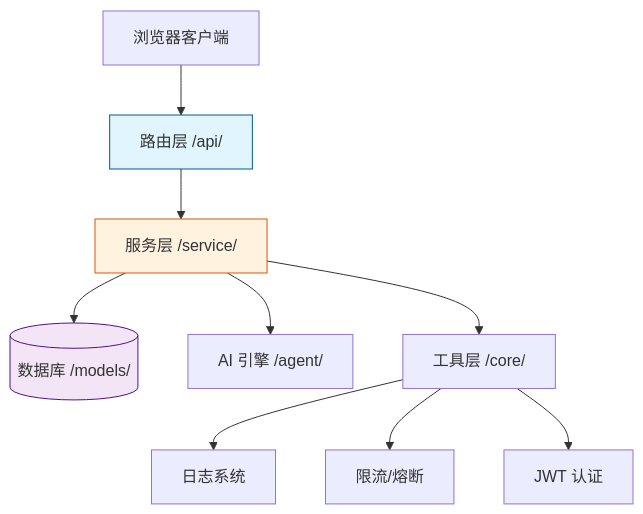
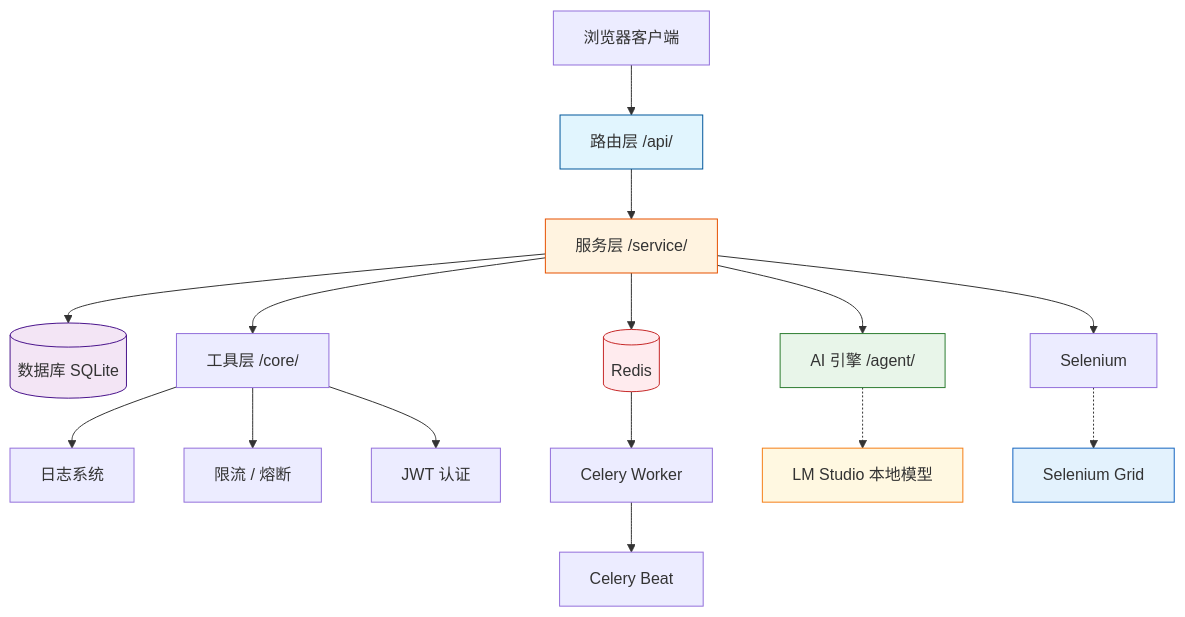
The diagram in README.md (LKlwx/TestPilot), drawn with Mermaid before and after one commit. The commit also changed other lines of this file and 1 other file, not shown here.

````diff
--- a/README.md
+++ b/README.md
@@ -8,16 +25,29 @@
 ```mermaid
 graph TD
-    Client[浏览器客户端] --> API[路由层 /api/]
+    Browser[浏览器客户端] --> API[路由层 /api/]
     API --> Service[服务层 /service/]
-    Service --> DB[(数据库 /models/)]
-    Service --> AI[AI 引擎 /agent/]
+    Service --> DB[(数据库 SQLite)]
     Service --> Core[工具层 /core/]
+    Service --> Agent[AI 引擎 /agent/]
     
     Core --> Log[日志系统]
-    Core --> Limit[限流/熔断]
+    Core --> Limit[限流 / 熔断]
     Core --> Auth[JWT 认证]
+    
+    Service --> Redis[(Redis)]
+    Redis --> Worker[Celery Worker]
+    Worker --> Beat[Celery Beat]
+    
+    Agent -.-> LMStudio[LM Studio 本地模型]
+    
+    Service --> Selenium[Selenium]
+    Selenium -.-> Grid[Selenium Grid]
 
     style API fill:#e1f5fe,stroke:#01579b
     style Service fill:#fff3e0,stroke:#e65100
     style DB fill:#f3e5f5,stroke:#4a148c
+    style Redis fill:#ffebee,stroke:#c62828
+    style Agent fill:#e8f5e9,stroke:#2e7d32
+    style LMStudio fill:#fff8e1,stroke:#f57f17
+    style Grid fill:#e3f2fd,stroke:#1565c0
 ```
````
